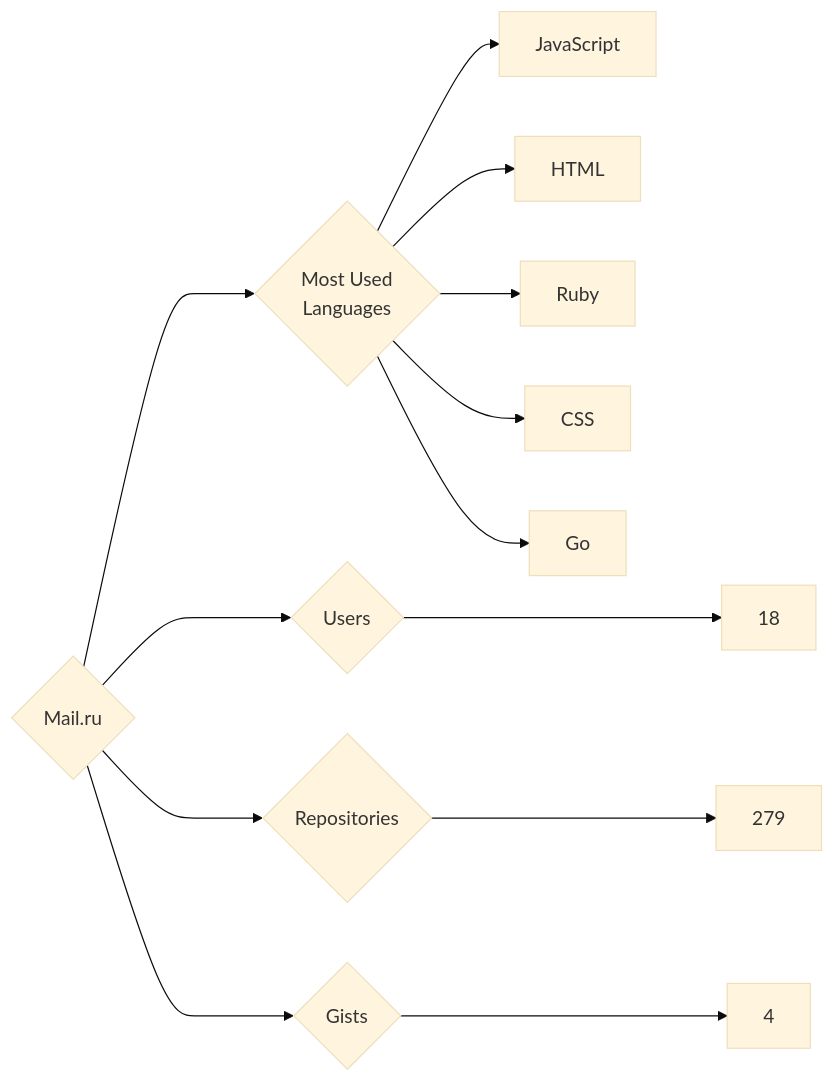
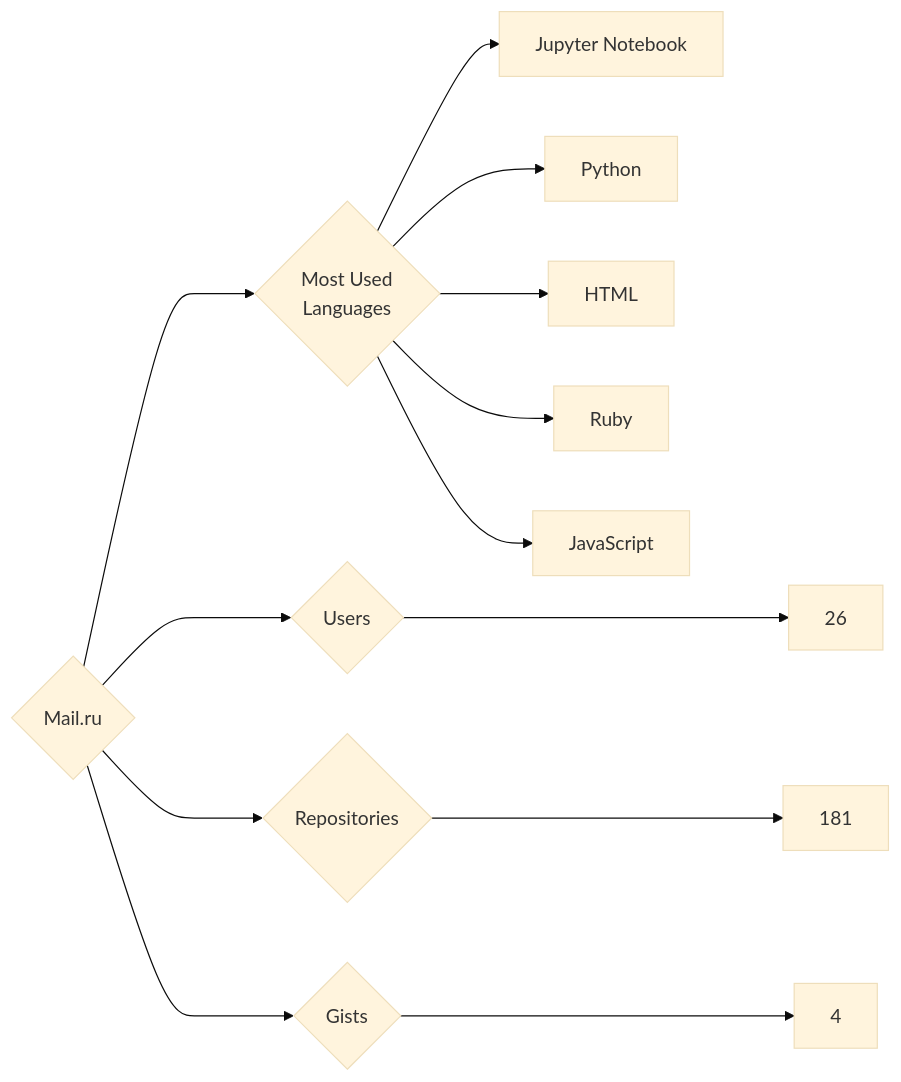
The diagram in targets/Mail.ru/README.md (trickest/insiders), drawn with Mermaid (base theme) before and after one commit. The commit also changed 757 other files, not shown here.

````diff
--- a/targets/Mail.ru/README.md
+++ b/targets/Mail.ru/README.md
@@ -3,13 +3,13 @@
 ```mermaid
 graph LR
 COMPANY_NAME{Mail.ru}
-COMPANY_NAME ---> U{Users} ---> UN[18]
-COMPANY_NAME ---> R{Repositories} ---> RN[279]
+COMPANY_NAME ---> U{Users} ---> UN[26]
+COMPANY_NAME ---> R{Repositories} ---> RN[181]
 COMPANY_NAME ---> G{Gists} ---> GN[4]
 COMPANY_NAME ---> ML{Most Used<br>Languages}
-ML --> JavaScript[JavaScript]
+ML --> Jupyter_Notebook[Jupyter Notebook]
+ML --> Python[Python]
 ML --> HTML[HTML]
 ML --> Ruby[Ruby]
-ML --> CSS[CSS]
-ML --> Go[Go]
+ML --> JavaScript[JavaScript]
 ```
````
